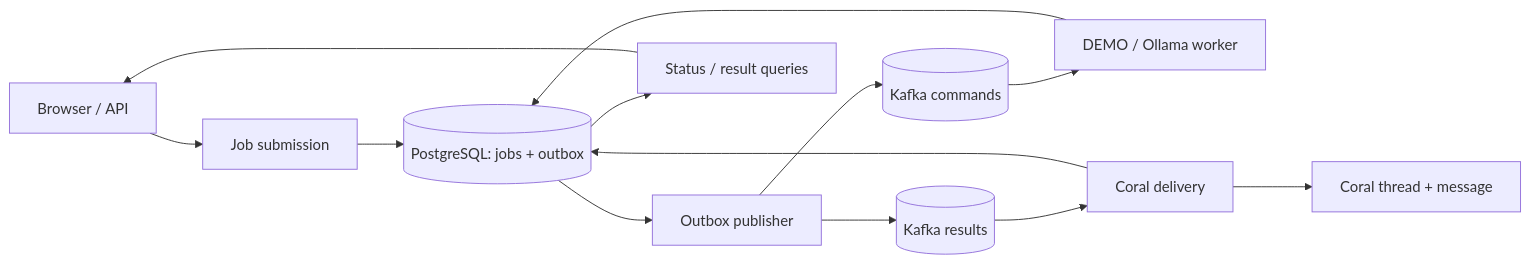
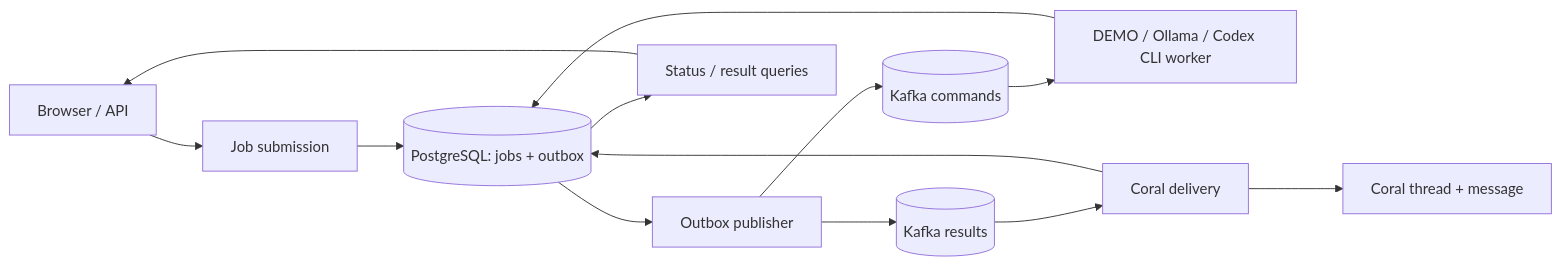
Before and after one commit to deepwhale-labs/event-driven-llm: the diagram in README.en.md, drawn with Mermaid. The commit also changed other lines of this file and 21 other files, not shown here.

Commit message:
feat: run inference through native Codex CLI

````diff
--- a/README.en.md
+++ b/README.en.md
@@ -64,15 +64,15 @@
 ```mermaid
 flowchart LR
     Client[Browser / API] --> API[Job submission]
     API --> DB[(PostgreSQL: jobs + outbox)]
     DB --> Publisher[Outbox publisher]
     Publisher --> Commands[(Kafka commands)]
-    Commands --> Worker[DEMO / Ollama worker]
+    Commands --> Worker[DEMO / Ollama / Codex CLI worker]
     Worker --> DB
     Publisher --> Results[(Kafka results)]
     Results --> Notifier[Coral delivery]
     Notifier --> Coral[Coral thread + message]
     Notifier --> DB
     DB --> Query[Status / result queries]
     Query --> Client
 ```
````
